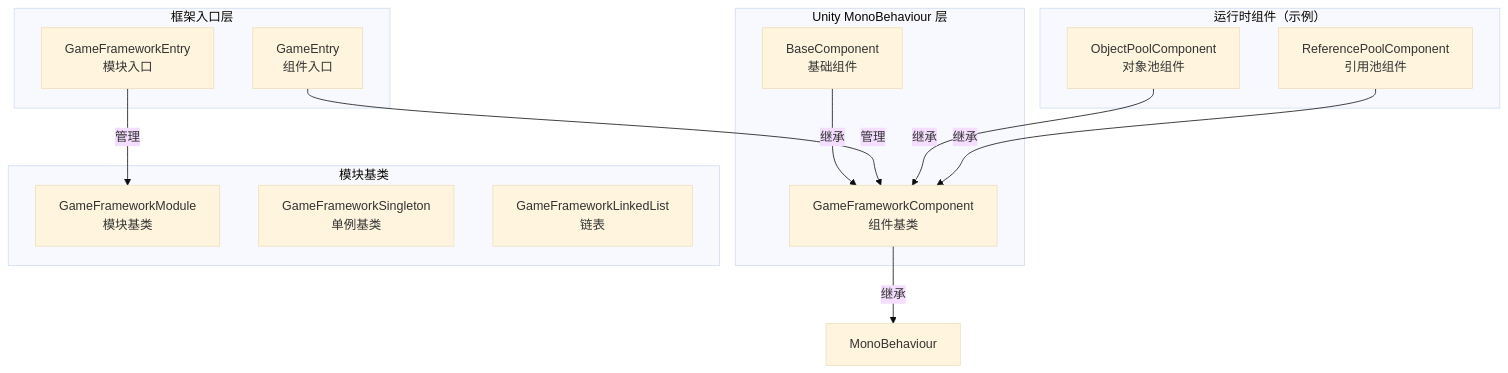
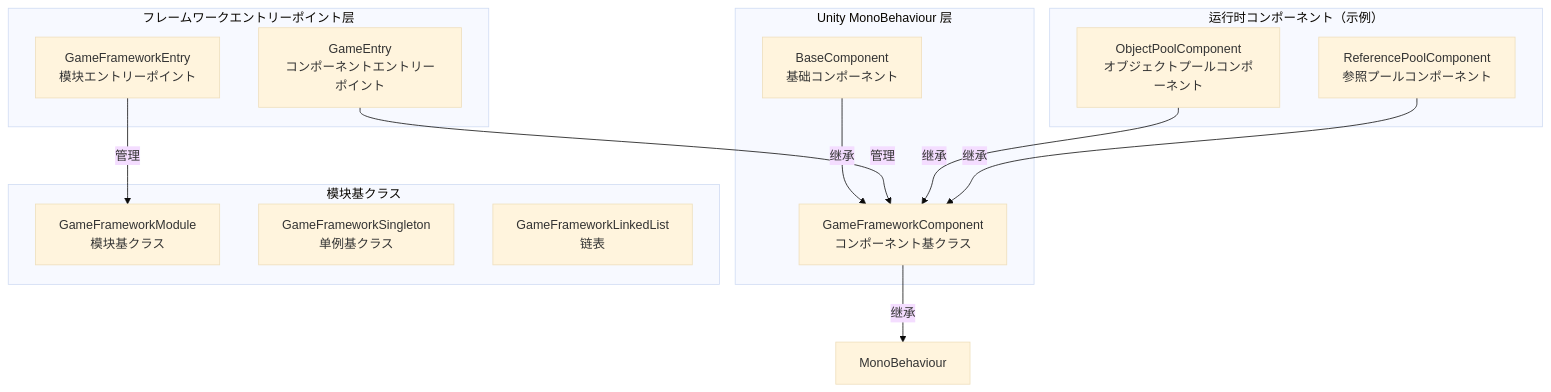
One commit to AlianBlank/GameFrameX.Docs changed the first of 4 diagrams in docs/ja/client/unity/component/core/05.base.md. Above: the diagram before and after it, drawn with Mermaid (base theme). The commit also changed other lines of this file and 603 other files, not shown here.

````diff
--- a/docs/ja/client/unity/component/core/05.base.md
+++ b/docs/ja/client/unity/component/core/05.base.md
@@ -16,30 +16,30 @@
 ```mermaid
 graph TD
     subgraph Unity层["Unity MonoBehaviour 层"]
-        GC[GameFrameworkComponent<br/>组件基类]
-        BC[BaseComponent<br/>基础组件]
+        GC[GameFrameworkComponent<br/>コンポーネント基クラス]
+        BC[BaseComponent<br/>基础コンポーネント]
     end
 
-    subgraph 框架入口层["框架入口层"]
-        GE[GameEntry<br/>组件入口]
-        GFE[GameFrameworkEntry<br/>模块入口]
+    subgraph フレームワークエントリーポイント层["フレームワークエントリーポイント层"]
+        GE[GameEntry<br/>コンポーネントエントリーポイント]
+        GFE[GameFrameworkEntry<br/>模块エントリーポイント]
     end
 
-    subgraph 模块层["模块基类"]
-        GM[GameFrameworkModule<br/>模块基类]
-        GFS[GameFrameworkSingleton<br/>单例基类]
+    subgraph 模块层["模块基クラス"]
+        GM[GameFrameworkModule<br/>模块基クラス]
+        GFS[GameFrameworkSingleton<br/>单例基クラス]
         GFL[GameFrameworkLinkedList<br/>链表]
     end
 
-    subgraph 运行时组件["运行时组件（示例）"]
-        OPC[ObjectPoolComponent<br/>对象池组件]
-        RPC[ReferencePoolComponent<br/>引用池组件]
+    subgraph 运行时コンポーネント["运行时コンポーネント（示例）"]
+        OPC[ObjectPoolComponent<br/>オブジェクトプールコンポーネント]
+        RPC[ReferencePoolComponent<br/>参照プールコンポーネント]
     end
 
     GC -->|继承| MonoBehaviour
     BC -->|继承| GC
     GE -->|管理| GC
     GFE -->|管理| GM
     OPC -->|继承| GC
     RPC -->|继承| GC
 ```
````
